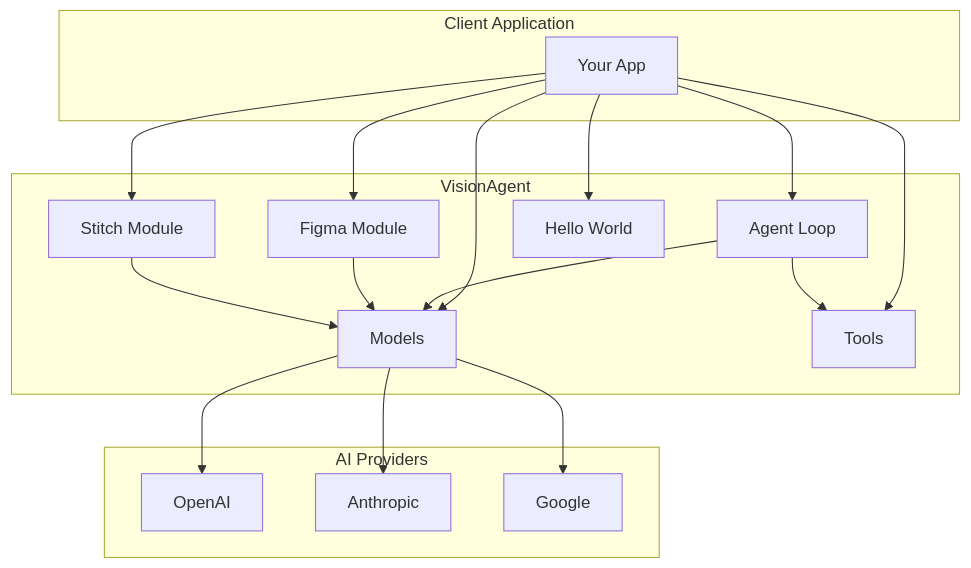
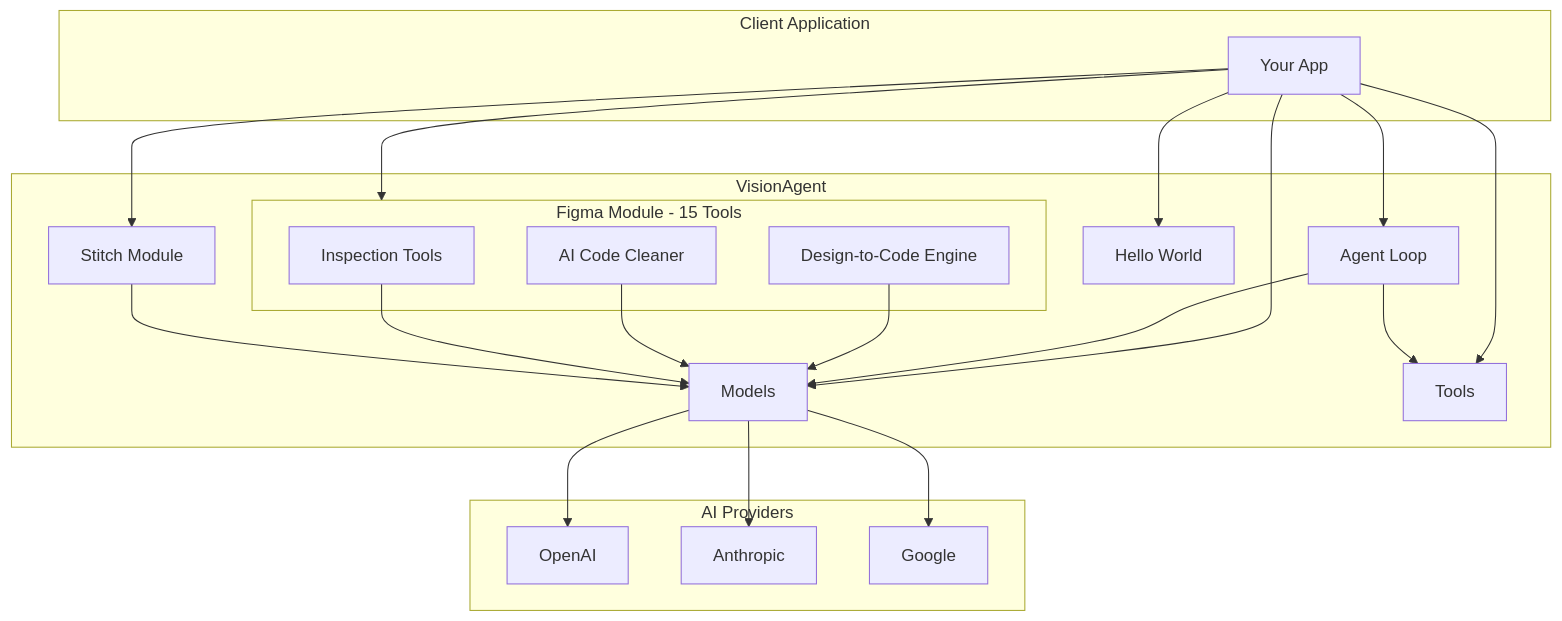
One commit to sijeeshmiziha/visionagent changed the first of 2 diagrams in README.md. Above: the diagram before and after it, drawn with Mermaid. The commit also changed other lines of this file and 53 other files, not shown here.

````diff
--- a/README.md
+++ b/README.md
@@ -257,35 +314,41 @@
 ```mermaid
 graph TB
     subgraph Client[Client Application]
         App[Your App]
     end
 
     subgraph VisionAgent[VisionAgent]
         Models[Models]
         Tools[Tools]
         Agents[Agent Loop]
-        FigmaModule[Figma Module]
+        subgraph FigmaModule[Figma Module - 15 Tools]
+            FigmaInspect[Inspection Tools]
+            DesignToCode[Design-to-Code Engine]
+            AICleanup[AI Code Cleaner]
+        end
         StitchModule[Stitch Module]
         HelloWorld[Hello World]
     end
 
     subgraph Providers[AI Providers]
         OpenAI[OpenAI]
         Anthropic[Anthropic]
         Google[Google]
     end
 
     App --> Models
     App --> Tools
     App --> Agents
     App --> FigmaModule
     App --> StitchModule
     App --> HelloWorld
     Models --> OpenAI
     Models --> Anthropic
     Models --> Google
     Agents --> Models
     Agents --> Tools
-    FigmaModule --> Models
+    DesignToCode --> Models
+    AICleanup --> Models
+    FigmaInspect --> Models
     StitchModule --> Models
 ```
````
